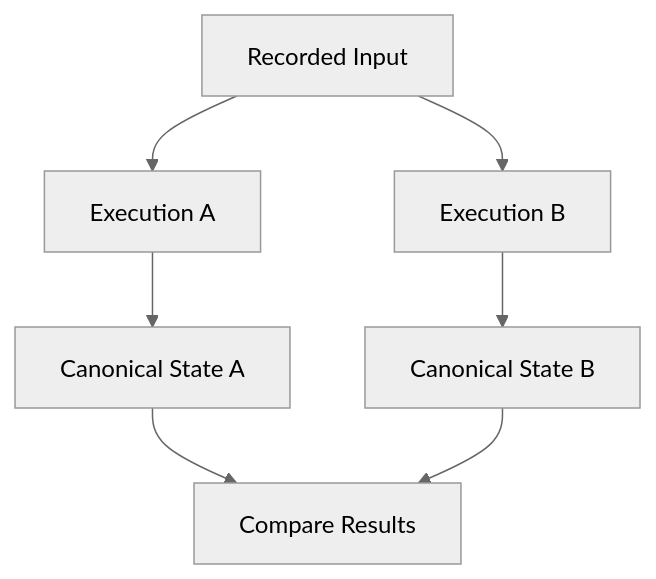
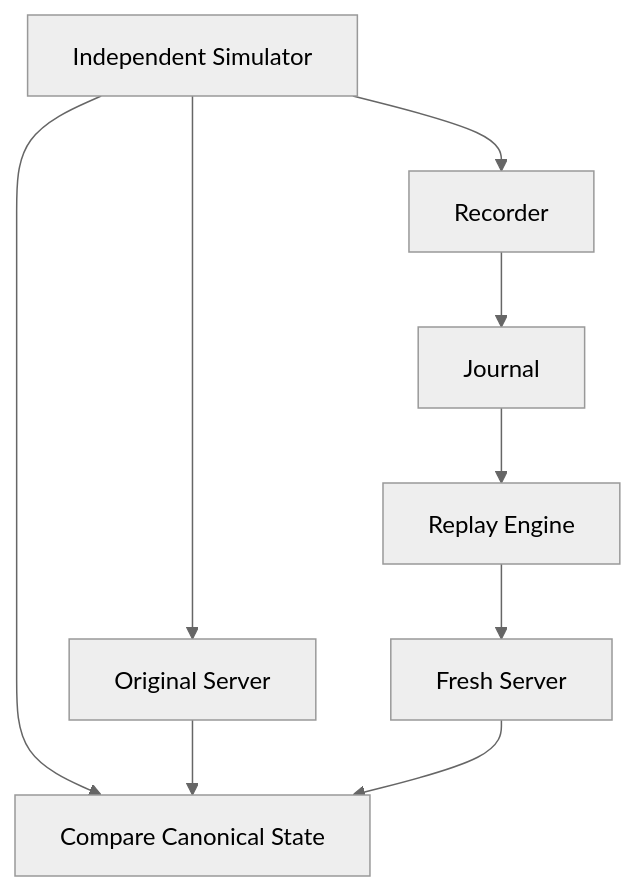
Before and after one commit to tembolo1284/maxwell: the second of 2 diagrams in docs/testing.md, drawn with Mermaid (neutral theme). The commit also changed other lines of this file and 10 other files, not shown here.

````diff
--- a/docs/testing.md
+++ b/docs/testing.md
@@ -499,12 +372,17 @@
 ```mermaid
 flowchart TD
-    INPUT["Recorded Input"]
-    A["Execution A"]
-    B["Execution B"]
-    SA["Canonical State A"]
-    SB["Canonical State B"]
-    COMPARE["Compare Results"]
+    SIM["Independent Simulator"]
+    LIVE["Original Server"]
+    REC["Recorder"]
+    FILE["Journal"]
+    REPLAY["Replay Engine"]
+    FRESH["Fresh Server"]
+    COMPARE["Compare Canonical State"]
 
-    INPUT --> A --> SA --> COMPARE
-    INPUT --> B --> SB --> COMPARE
+    SIM --> LIVE
+    SIM --> REC --> FILE --> REPLAY --> FRESH
+
+    SIM --> COMPARE
+    LIVE --> COMPARE
+    FRESH --> COMPARE
 ```
````
